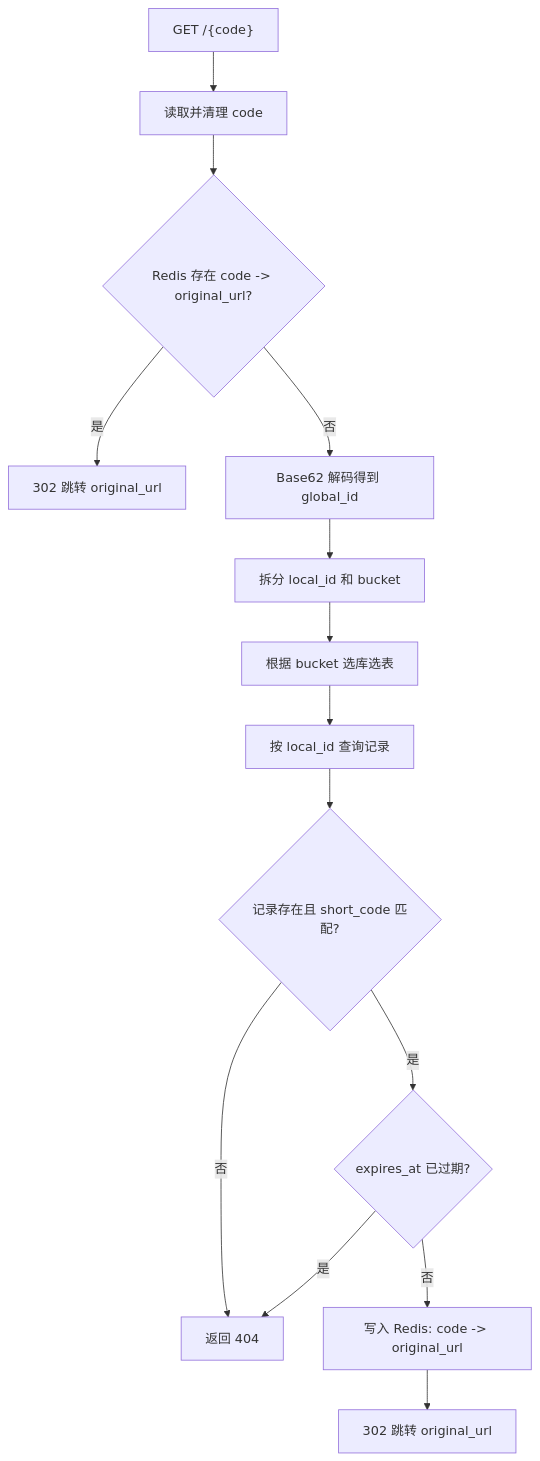
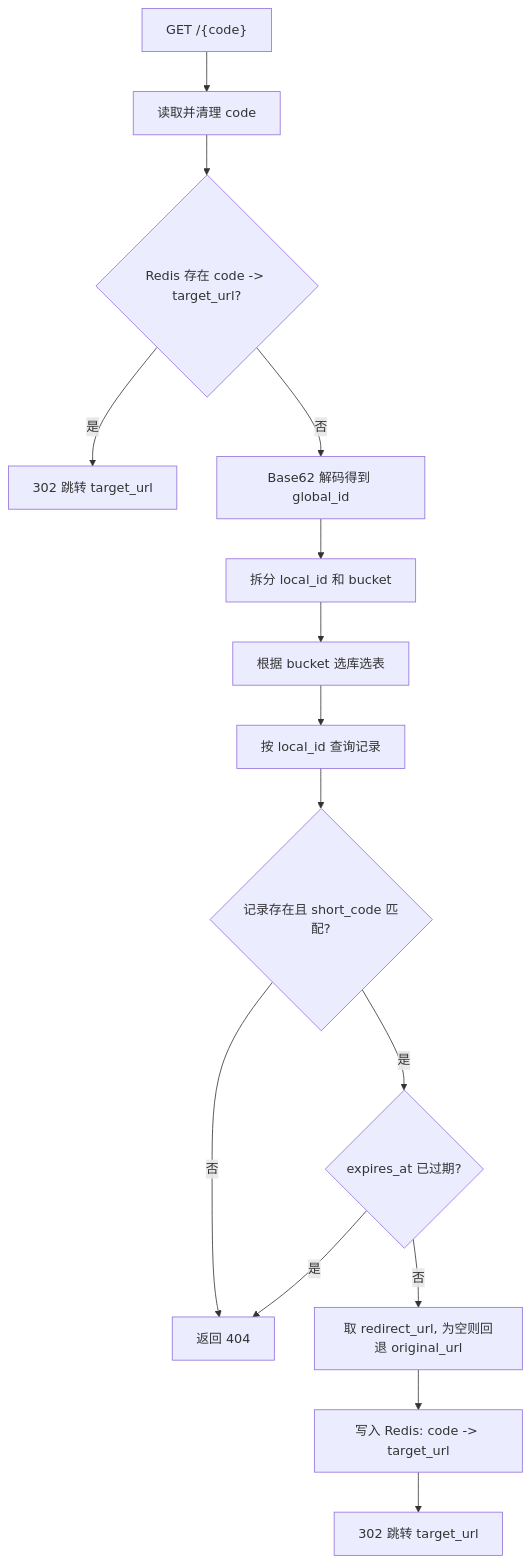
One commit to serendipityConfusion/short-url changed the third of 6 diagrams in README.md. Above: the diagram before and after it, drawn with Mermaid. The commit also changed other lines of this file and 5 other files, not shown here.

````diff
--- a/README.md
+++ b/README.md
@@ -64,16 +64,17 @@
 ```mermaid
 flowchart TD
   start["GET /{code}"] --> normalize["读取并清理 code"]
-  normalize --> cacheCode{"Redis 存在 code -> original_url?"}
-  cacheCode -- "是" --> redirectCached["302 跳转 original_url"]
+  normalize --> cacheCode{"Redis 存在 code -> target_url?"}
+  cacheCode -- "是" --> redirectCached["302 跳转 target_url"]
   cacheCode -- "否" --> decode["Base62 解码得到 global_id"]
   decode --> split["拆分 local_id 和 bucket"]
   split --> route["根据 bucket 选库选表"]
   route --> query["按 local_id 查询记录"]
   query --> found{"记录存在且 short_code 匹配?"}
   found -- "否" --> notFound["返回 404"]
   found -- "是" --> expired{"expires_at 已过期?"}
   expired -- "是" --> notFound
-  expired -- "否" --> writeCache["写入 Redis: code -> original_url"]
-  writeCache --> redirect["302 跳转 original_url"]
+  expired -- "否" --> target["取 redirect_url, 为空则回退 original_url"]
+  target --> writeCache["写入 Redis: code -> target_url"]
+  writeCache --> redirect["302 跳转 target_url"]
 ```
````
